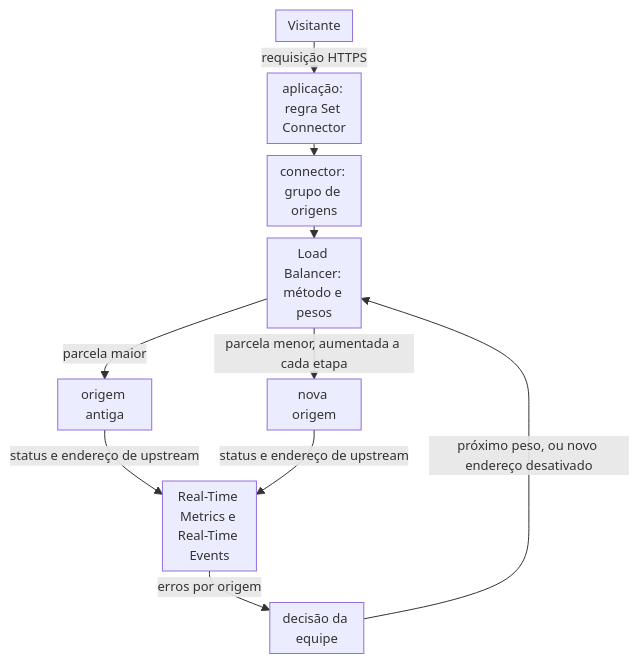
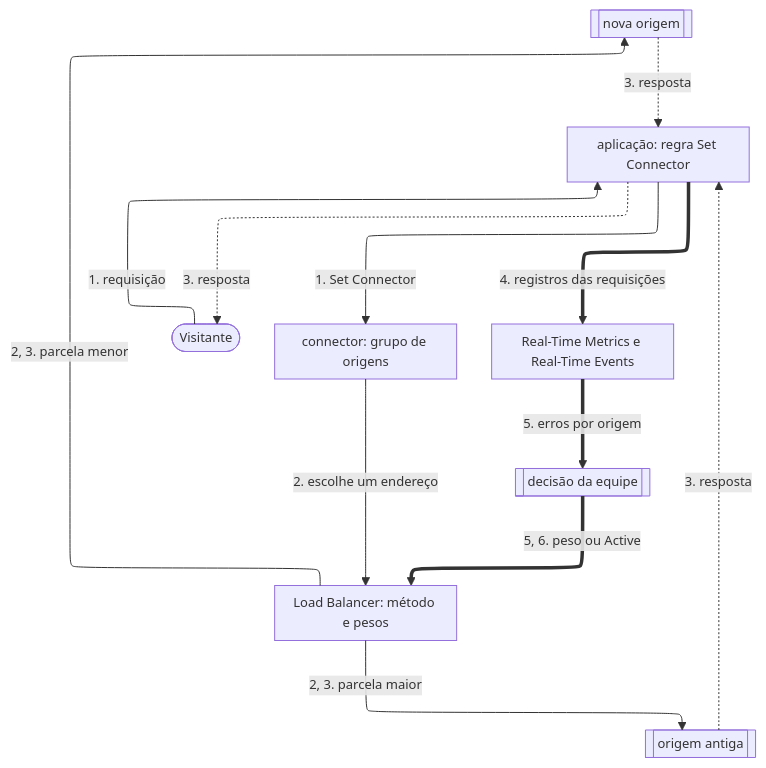
The first of 2 diagrams in apps/docs/src/content/docs/pt-br/pages/casos-de-uso/construir-e-executar-aplicacoes/migrar-uma-aplicacao-para-uma-nova-origem-sem-downtime.mdx (aziontech/docs), drawn with Mermaid before and after one commit. The commit also changed other lines of this file and 55 other files, not shown here.

Commit message:
docs(use-cases): redraw the use-case diagrams with the way back and check their claims (#2509)

````diff
--- a/apps/docs/src/content/docs/pt-br/pages/casos-de-uso/construir-e-executar-aplicacoes/migrar-uma-aplicacao-para-uma-nova-origem-sem-downtime.mdx
+++ b/apps/docs/src/content/docs/pt-br/pages/casos-de-uso/construir-e-executar-aplicacoes/migrar-uma-aplicacao-para-uma-nova-origem-sem-downtime.mdx
@@ -41,13 +43,23 @@
 ```mermaid
-%%{init: {"layout": "dagre", "themeVariables": {"fontSize": "13px"}, "flowchart": {"nodeSpacing": 12, "rankSpacing": 12, "padding": 6, "wrappingWidth": 70, "minNodeWidth": 40, "useMaxWidth": true}}}%%
+%%{init: {"layout": "elk", "themeVariables": {"fontSize": "13px"}, "flowchart": {"nodeSpacing": 24, "rankSpacing": 36, "padding": 8, "wrappingWidth": 150, "useMaxWidth": true}, "sequence": {"width": 120, "actorMargin": 30, "useMaxWidth": true}}}%%
 flowchart TD
-  Visitor["Visitante"] -->|"requisição HTTPS"| App["aplicação: regra Set Connector"]
-  App --> Conn["connector: grupo de origens"]
-  Conn --> LB["Load Balancer: método e pesos"]
-  LB -->|"parcela maior"| Old["origem antiga"]
-  LB -->|"parcela menor, aumentada a cada etapa"| New["nova origem"]
-  Old -->|"status e endereço de upstream"| Obs["Real-Time Metrics e Real-Time Events"]
-  New -->|"status e endereço de upstream"| Obs
-  Obs -->|"erros por origem"| Team["decisão da equipe"]
-  Team -->|"próximo peso, ou novo endereço desativado"| LB
+  Visitor(["Visitante"])
+  App["aplicação: regra Set Connector"]
+  Conn["connector: grupo de origens"]
+  LB["Load Balancer: método e pesos"]
+  Old[["origem antiga"]]
+  New[["nova origem"]]
+  Obs["Real-Time Metrics e Real-Time Events"]
+  Team[["decisão da equipe"]]
+  Visitor -->|"1. requisição"| App
+  App -->|"1. Set Connector"| Conn
+  Conn -->|"2. escolhe um endereço"| LB
+  LB -->|"2, 3. parcela maior"| Old
+  LB -->|"2, 3. parcela menor"| New
+  Old -.->|"3. resposta"| App
+  New -.->|"3. resposta"| App
+  App -.->|"3. resposta"| Visitor
+  App ==>|"4. registros das requisições"| Obs
+  Obs ==>|"5. erros por origem"| Team
+  Team ==>|"5, 6. peso ou Active"| LB
 ```
````
